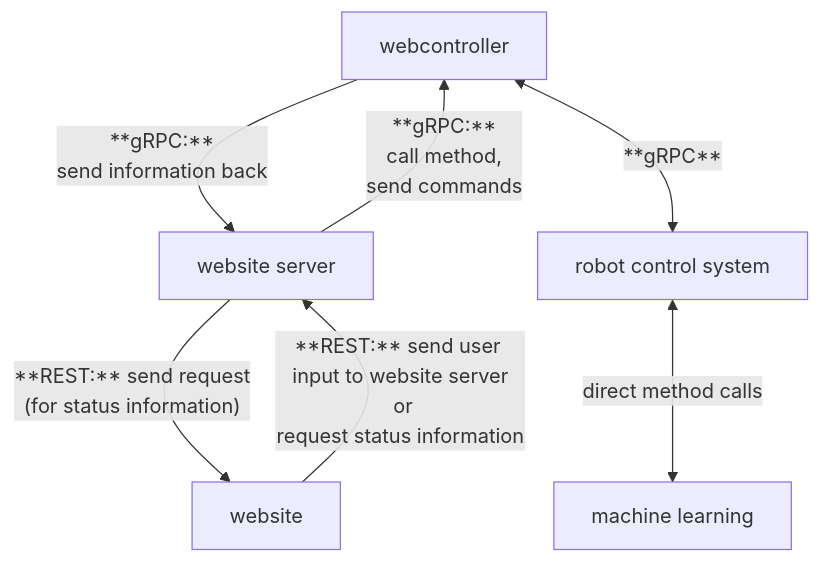
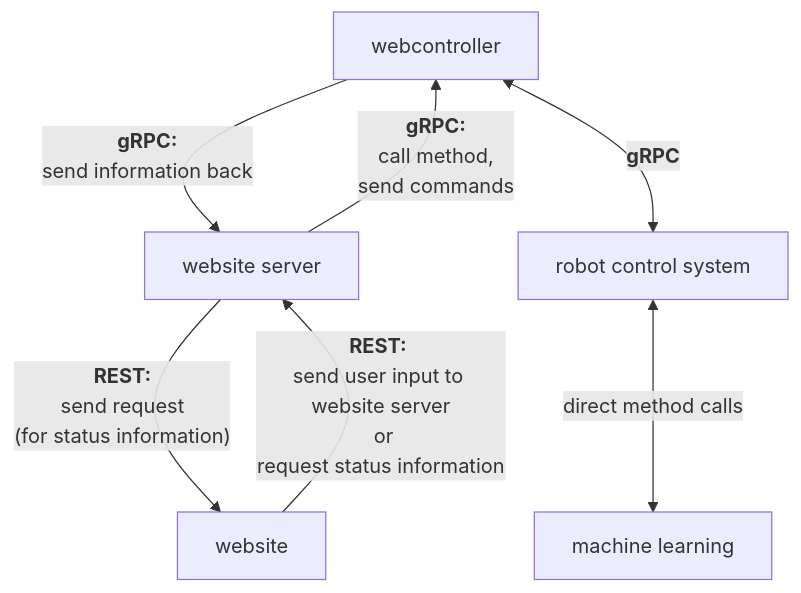
Before and after one commit to BjoernFuertges/Study_Project_Robot_Control: the diagram in README.md, drawn with Mermaid.

Commit message:
Readme: imporved text formatting

````diff
--- a/README.md
+++ b/README.md
@@ -4,9 +4,9 @@
 ```mermaid
 graph TD;
-    A[webcontroller]--> |"**gRPC:** <br>send information back"| B["website server"];
-    B --> |"**gRPC:** <br>call method, <br>send commands"| A;
-    A <--> |"**gRPC**"| C["robot control system"];
-    B --> |"**REST:** send request <br>(for status information)"| D["website"];
-    D --> |"**REST:** send user input to website server<br> or<br>request status information"| B;
+    A[webcontroller]--> |"<b>gRPC:</b> <br>send information back"| B["website server"];
+    B --> |"<b>gRPC:</b> <br>call method, <br>send commands"| A;
+    A <--> |"<b>gRPC</b>"| C["robot control system"];
+    B --> |"<b>REST:</b> <br>send request <br>(for status information)"| D["website"];
+    D --> |"<b>REST:</b> <br>send user input to website server<br> or<br>request status information"| B;
     C <--> |"direct method calls"| E["machine learning"];
 ```
````
